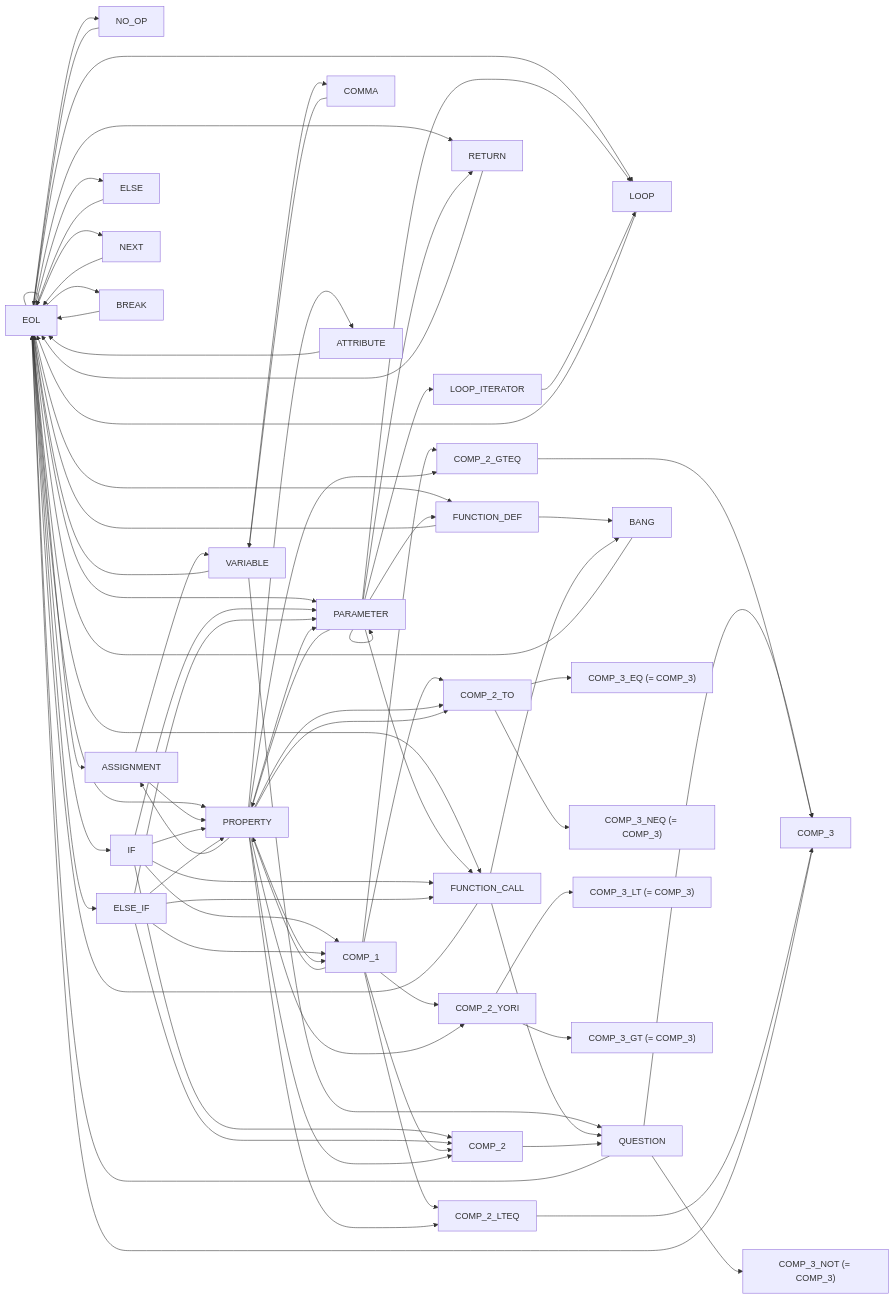
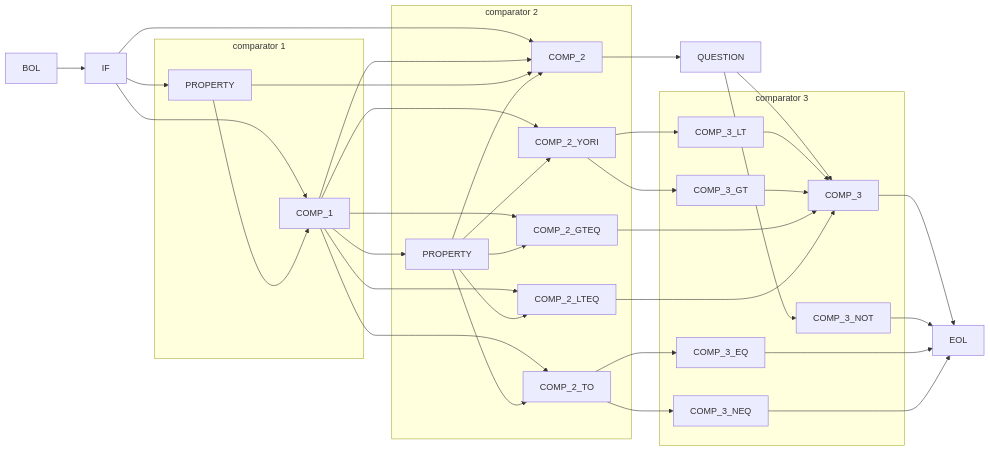
The eighth of 10 diagrams in documentation/nfsm.md (rewhowe/snapdragon), drawn with Mermaid before and after one commit. The commit also changed other lines of this file, not shown here.

Commit message:
reorganise nfsm

````diff
--- a/documentation/nfsm.md
+++ b/documentation/nfsm.md
@@ -5,104 +108,64 @@
 ```mermaid
 graph LR
-  EOL --> EOL
-  EOL --> FUNCTION_CALL
-  EOL --> FUNCTION_DEF
-  EOL --> RETURN
-  EOL --> NO_OP
-  EOL --> ASSIGNMENT
-  EOL --> PARAMETER
-  EOL --> IF
-  EOL --> ELSE_IF
-  EOL --> ELSE
-  EOL --> LOOP
-  EOL --> NEXT
-  EOL --> BREAK
-  EOL --> PROPERTY
+  BOL --> IF
 
-  ASSIGNMENT --> VARIABLE
-  ASSIGNMENT --> PROPERTY
-
-  VARIABLE --> EOL
-  VARIABLE --> QUESTION
-  VARIABLE --> COMMA
-
-  PARAMETER --> PARAMETER
-  PARAMETER --> FUNCTION_DEF
-  PARAMETER --> FUNCTION_CALL
-  PARAMETER --> RETURN
-  PARAMETER --> LOOP_ITERATOR
-  PARAMETER --> LOOP
-  PARAMETER --> PROPERTY
-
-  FUNCTION_DEF --> EOL
-  FUNCTION_DEF --> BANG
-
-  FUNCTION_CALL --> EOL
-  FUNCTION_CALL --> QUESTION
-  FUNCTION_CALL --> BANG
-
-  RETURN --> EOL
-
-  NO_OP --> EOL
-
-  QUESTION --> EOL
-  QUESTION --> COMP_3
-  QUESTION --> COMP_3_NOT["COMP_3_NOT (= COMP_3)"]
-
-  BANG --> EOL
-
-  COMMA --> VARIABLE
-
-  IF --> PARAMETER
-  IF --> FUNCTION_CALL
   IF --> COMP_1
   IF --> COMP_2
-  IF --> PROPERTY
-
-  ELSE_IF --> PARAMETER
-  ELSE_IF --> FUNCTION_CALL
-  ELSE_IF --> COMP_1
-  ELSE_IF --> COMP_2
-  ELSE_IF --> PROPERTY
-
-  ELSE --> EOL
+  IF --> PROPERTY_1[PROPERTY]
 
   COMP_1 --> COMP_2
   COMP_1 --> COMP_2_TO
   COMP_1 --> COMP_2_YORI
   COMP_1 --> COMP_2_GTEQ
   COMP_1 --> COMP_2_LTEQ
-  COMP_1 --> PROPERTY
+  COMP_1 --> PROPERTY_2[PROPERTY]
 
   COMP_2 --> QUESTION
 
-  COMP_2_TO --> COMP_3_EQ["COMP_3_EQ (= COMP_3)"]
-  COMP_2_TO --> COMP_3_NEQ["COMP_3_NEQ (= COMP_3)"]
+  QUESTION --> COMP_3
+  QUESTION --> COMP_3_NOT
 
-  COMP_2_YORI --> COMP_3_LT["COMP_3_LT (= COMP_3)"]
-  COMP_2_YORI --> COMP_3_GT["COMP_3_GT (= COMP_3)"]
+  COMP_3 --> EOL
+
+  COMP_3_NOT --> EOL
+
+  COMP_2_TO --> COMP_3_EQ
+  COMP_2_TO --> COMP_3_NEQ
+
+  COMP_3_EQ --> EOL
+
+  COMP_3_NEQ --> EOL
+
+  COMP_2_YORI --> COMP_3_LT
+  COMP_2_YORI --> COMP_3_GT
+
+  subgraph comparator 3
+    COMP_3_NOT
+
+    COMP_3_LT --> COMP_3
+
+    COMP_3_GT --> COMP_3
+
+    COMP_3_EQ
+
+    COMP_3_NEQ
+  end
 
   COMP_2_GTEQ --> COMP_3
 
   COMP_2_LTEQ --> COMP_3
 
-  COMP_3 --> EOL
+  subgraph comparator 1
+    PROPERTY_1[PROPERTY] --> COMP_1
+  end
 
-  LOOP_ITERATOR --> LOOP
-  LOOP --> EOL
-  NEXT --> EOL
-  BREAK --> EOL
+  subgraph comparator 2
+    PROPERTY_1[PROPERTY] --> COMP_2
 
-  PROPERTY --> ASSIGNMENT
-  PROPERTY --> PARAMETER
-  PROPERTY --> ATTRIBUTE
-  PROPERTY --> COMP_1
-  PROPERTY --> COMP_2
-  PROPERTY --> COMP_2_TO
-  PROPERTY --> COMP_2_TO
-  PROPERTY --> COMP_2_YORI
-  PROPERTY --> COMP_2_GTEQ
-  PROPERTY --> COMP_2_LTEQ
-
-  ATTRIBUTE --> EOL
+    PROPERTY_2[PROPERTY] --> COMP_2
+    PROPERTY_2[PROPERTY] --> COMP_2_TO
+    PROPERTY_2[PROPERTY] --> COMP_2_YORI
+    PROPERTY_2[PROPERTY] --> COMP_2_GTEQ
+    PROPERTY_2[PROPERTY] --> COMP_2_LTEQ
+  end
 ```
````
